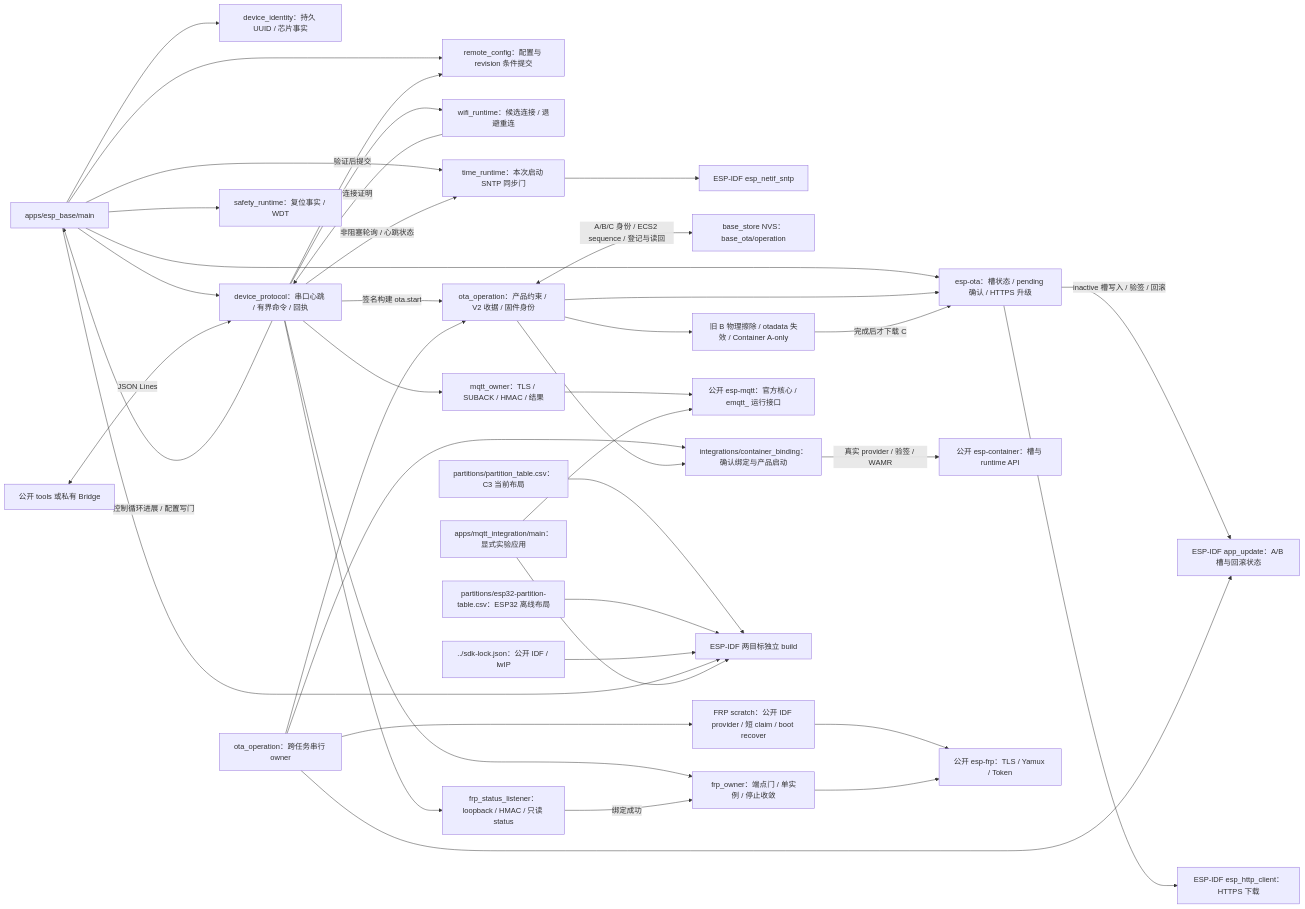
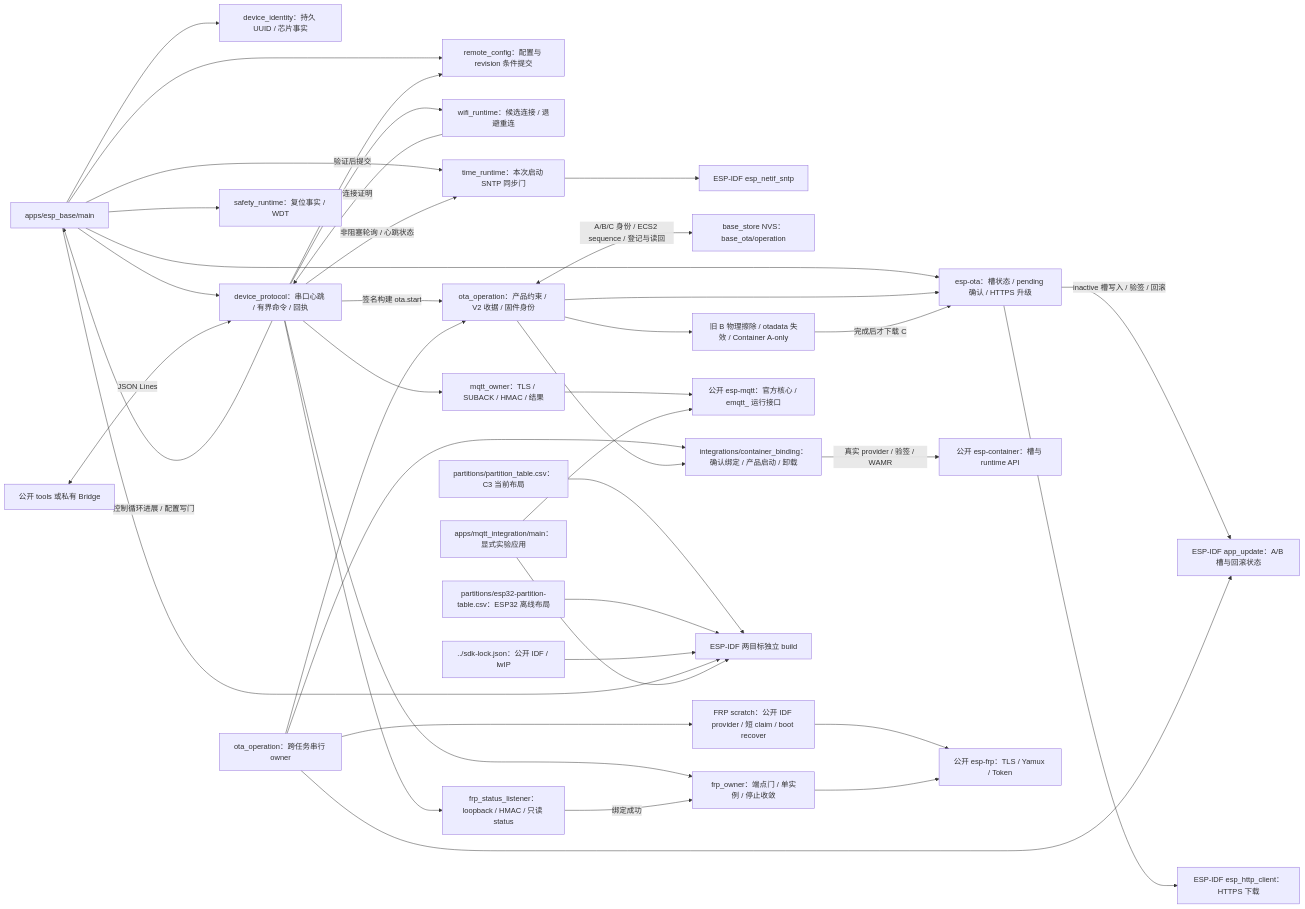
The diagram in firmware/README.md (darren-you/esp-base), drawn with Mermaid before and after one commit. The commit also changed other lines of this file and 14 other files, not shown here.

````diff
--- a/firmware/README.md
+++ b/firmware/README.md
@@ -7,42 +7,42 @@
 ```mermaid
 flowchart LR
     main["apps/esp_base/main"] --> identity["device_identity：持久 UUID / 芯片事实"]
     main --> config["remote_config：配置与 revision 条件提交"]
     protocol --> wifi["wifi_runtime：候选连接 / 退避重连"]
     wifi -->|"连接证明"| protocol
     protocol -->|"验证后提交"| config
     main --> ota["esp-ota：槽状态 / pending 确认 / HTTPS 升级"]
     receipt["ota_operation：产品约束 / V2 收据 / 固件身份"] --> ota
     main --> time["time_runtime：本次启动 SNTP 同步门"]
     protocol -->|"控制循环进展 / 配置写门"| main
     protocol -->|"非阻塞轮询 / 心跳状态"| time
     time --> sntp["ESP-IDF esp_netif_sntp"]
     ota -->|"inactive 槽写入 / 验签 / 回滚"| rollback["ESP-IDF app_update：A/B 槽与回滚状态"]
     protocol -->|"签名构建 ota.start"| receipt
     ota --> https["ESP-IDF esp_http_client：HTTPS 下载"]
     receipt <-->|"A/B/C 身份 / ECS2 sequence / 登记与读回"| nvs["base_store NVS：base_ota/operation"]
     receipt --> retire["旧 B 物理擦除 / otadata 失效 / Container A-only"]
     retire -->|"完成后才下载 C"| ota
     owner["ota_operation：跨任务串行 owner"] --> receipt
     owner --> rollback
-    binding["integrations/container_binding：确认绑定与产品启动"] -->|"真实 provider / 验签 / WAMR"| container["公开 esp-container：槽与 runtime API"]
+    binding["integrations/container_binding：确认绑定 / 产品启动 / 卸载"] -->|"真实 provider / 验签 / WAMR"| container["公开 esp-container：槽与 runtime API"]
     owner --> binding
     owner --> frp_scratch["FRP scratch：公开 IDF provider / 短 claim / boot recover"]
     frp_scratch --> frp
     receipt --> binding
     main --> safety["safety_runtime：复位事实 / WDT"]
     main --> protocol["device_protocol：串口心跳 / 有界命令 / 回执"]
     protocol --> mqtt_owner["mqtt_owner：TLS / SUBACK / HMAC / 结果"]
     mqtt_owner --> mqtt["公开 esp-mqtt：官方核心 / emqtt_ 运行接口"]
     protocol --> frp_owner["frp_owner：端点门 / 单实例 / 停止收敛"]
     protocol --> frp_status["frp_status_listener：loopback / HMAC / 只读 status"]
     frp_status -->|"绑定成功"| frp_owner
     frp_owner --> frp["公开 esp-frp：TLS / Yamux / Token"]
     host["公开 tools 或私有 Bridge"] <-->|"JSON Lines"| protocol
     c3["partitions/partition_table.csv：C3 当前布局"] --> build["ESP-IDF 两目标独立 build"]
     esp32["partitions/esp32-partition-table.csv：ESP32 离线布局"] --> build
     lock["../sdk-lock.json：公开 IDF / lwIP"] --> build
     main --> build
     lab["apps/mqtt_integration/main：显式实验应用"] --> mqtt
     lab --> build
 ```
````
